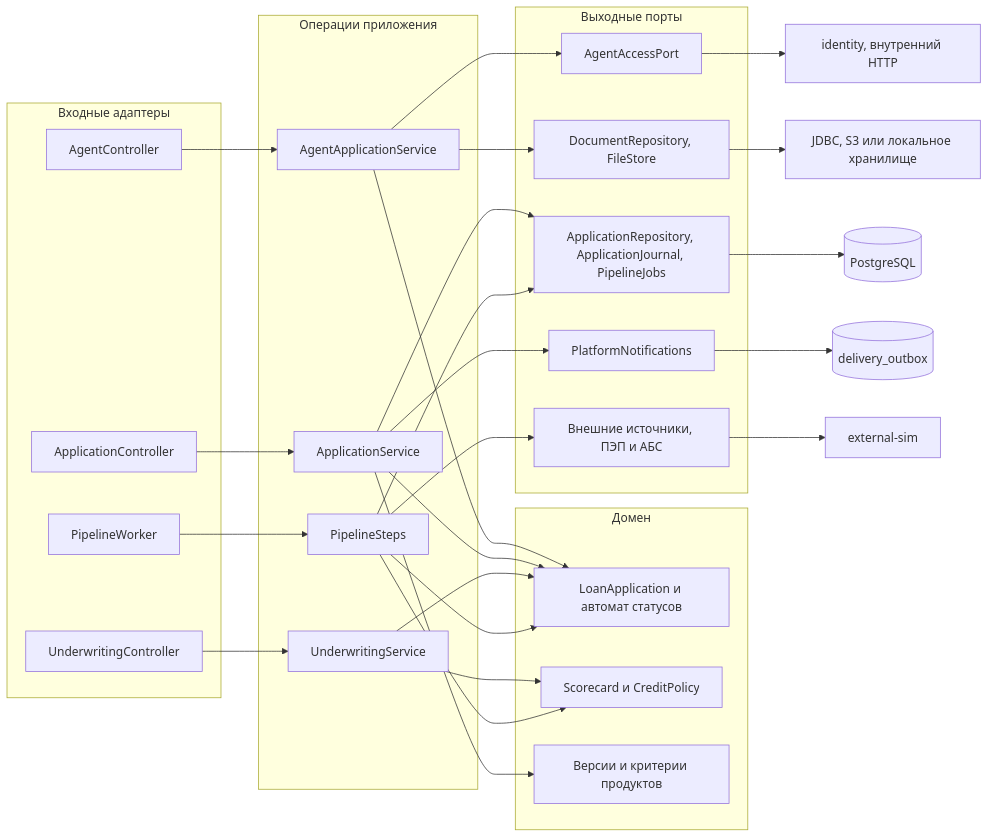
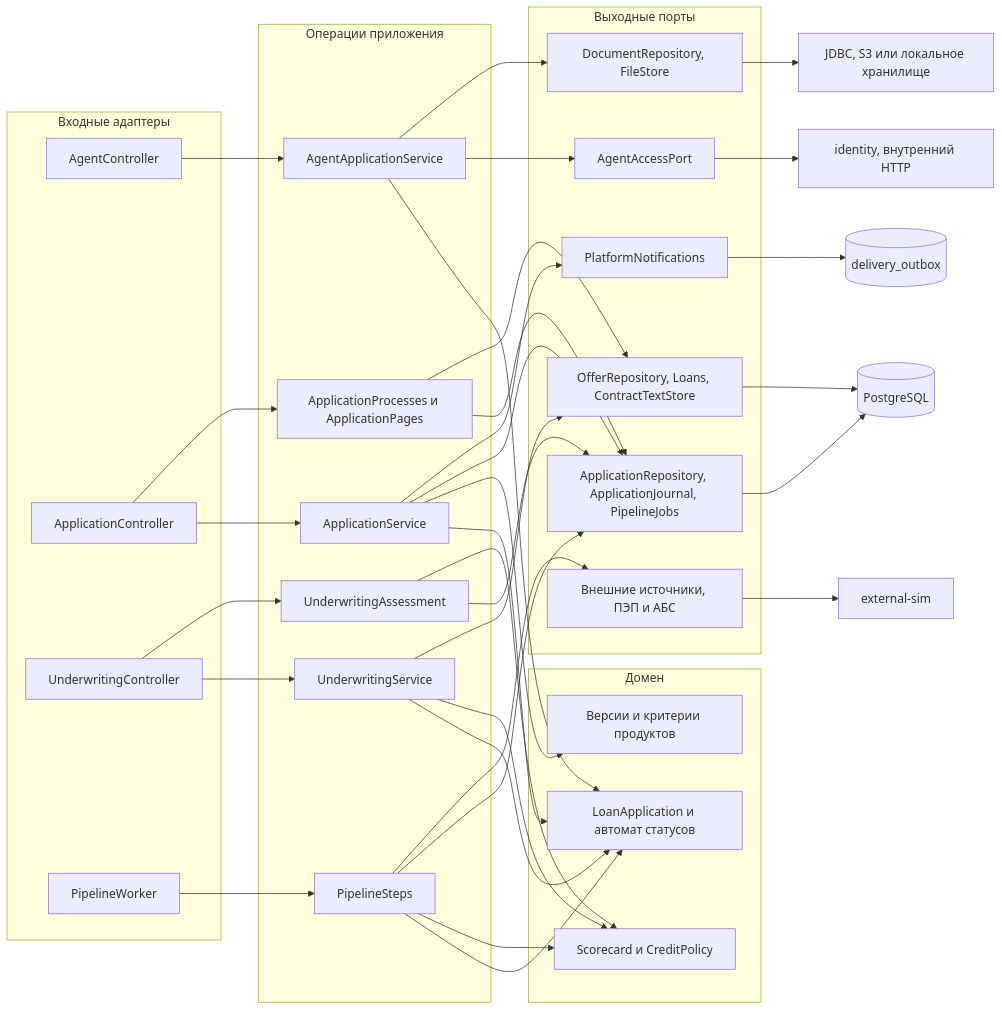
One commit to AndrewSkrypov/smart-credit-cabinet changed the third of 4 diagrams in docs/c4-architecture.md. Above: the diagram before and after it, drawn with Mermaid. The commit also changed other lines of this file, not shown here.

Commit message:
Reflect the final application ports and monitoring containers in C4

````diff
--- a/docs/c4-architecture.md
+++ b/docs/c4-architecture.md
@@ -51,40 +68,46 @@
 ```mermaid
 flowchart LR
   subgraph In["Входные адаптеры"]
     AgentHttp["AgentController"]
     ClientHttp["ApplicationController"]
     BankHttp["UnderwritingController"]
     Worker["PipelineWorker"]
   end
   subgraph Use["Операции приложения"]
     AgentUse["AgentApplicationService"]
     AppUse["ApplicationService"]
+    AppRead["ApplicationProcesses и ApplicationPages"]
     BankUse["UnderwritingService"]
+    BankRead["UnderwritingAssessment"]
     Steps["PipelineSteps"]
   end
   subgraph Domain["Домен"]
     State["LoanApplication и автомат статусов"]
     Risk["Scorecard и CreditPolicy"]
     Product["Версии и критерии продуктов"]
   end
   subgraph Port["Выходные порты"]
     Store["ApplicationRepository, ApplicationJournal, PipelineJobs"]
     Mandate["AgentAccessPort"]
     Doc["DocumentRepository, FileStore"]
+    Offers["OfferRepository, Loans, ContractTextStore"]
     Source["Внешние источники, ПЭП и АБС"]
     Notices["PlatformNotifications"]
   end
   AgentHttp --> AgentUse
-  ClientHttp --> AppUse
-  BankHttp --> BankUse
+  ClientHttp --> AppUse & AppRead
+  BankHttp --> BankUse & BankRead
   Worker --> Steps
   AgentUse --> State & Mandate & Doc
   AppUse --> State & Product & Store & Notices
-  BankUse --> State & Risk
+  AppRead --> Store & Offers
+  BankUse --> State & Risk & Offers
+  BankRead --> Store & Risk
   Steps --> State & Risk & Store & Source
   Store --> Postgres[(PostgreSQL)]
   Mandate --> Identity["identity, внутренний HTTP"]
   Doc --> Files["JDBC, S3 или локальное хранилище"]
+  Offers --> Postgres
   Source --> Sim["external-sim"]
   Notices --> Outbox[(delivery_outbox)]
 ```
````
